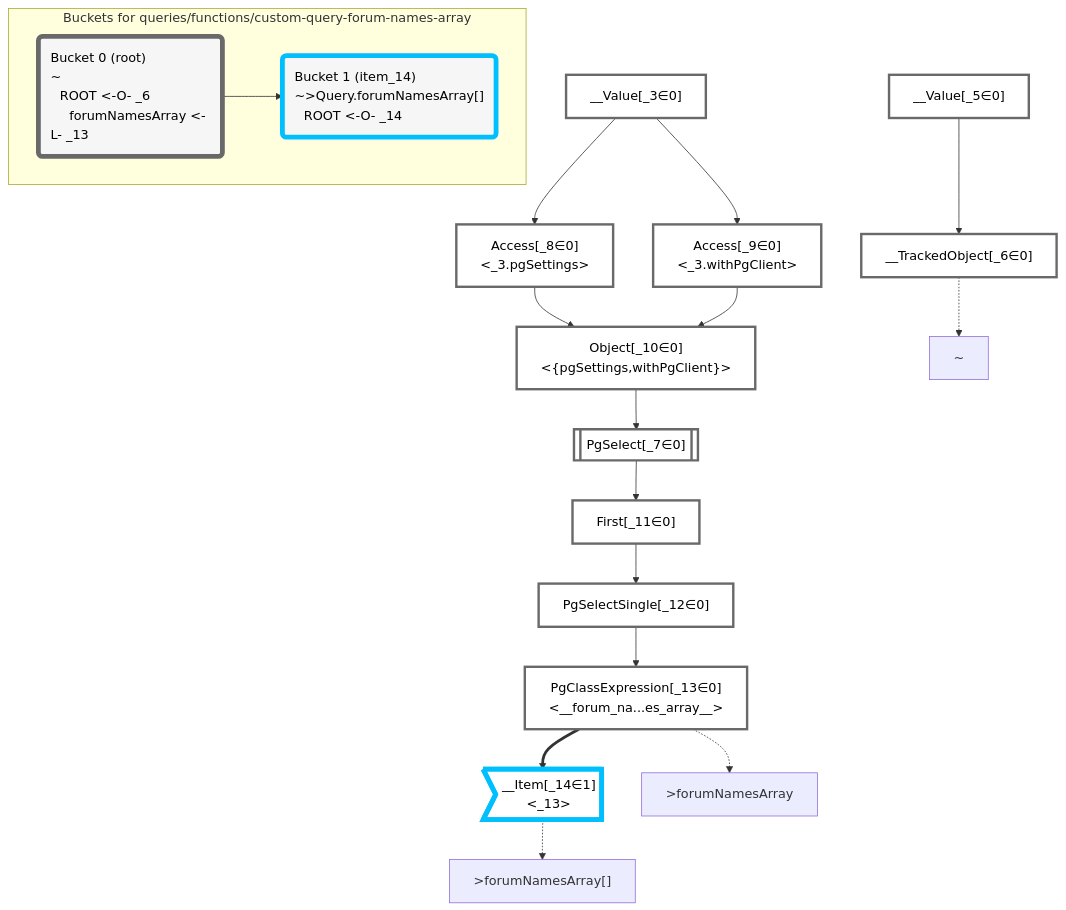
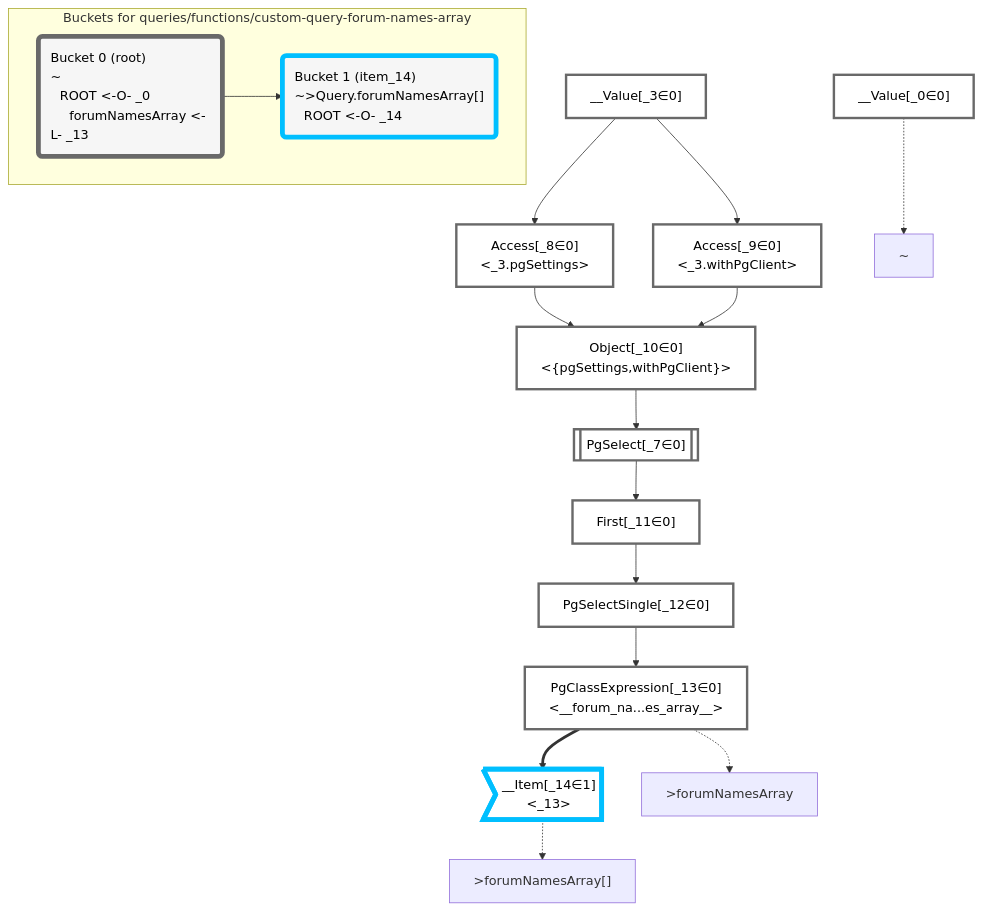
The diagram in packages/dataplan-pg/__tests__/queries/functions/custom-query-forum-names-array.deopt.mermaid.md (graphile/crystal), drawn with Mermaid before and after one commit. The commit also changed 193 other files, not shown here.

Commit message:
Update test plan snapshots with new root plan

````diff
--- a/packages/dataplan-pg/__tests__/queries/functions/custom-query-forum-names-array.deopt.mermaid.md
+++ b/packages/dataplan-pg/__tests__/queries/functions/custom-query-forum-names-array.deopt.mermaid.md
@@ -1,56 +1,54 @@
 ```mermaid
 graph TD
     classDef path fill:#eee,stroke:#000,color:#000
     classDef plan fill:#fff,stroke-width:3px,color:#000
     classDef itemplan fill:#fff,stroke-width:6px,color:#000
     classDef sideeffectplan fill:#f00,stroke-width:6px,color:#000
     classDef bucket fill:#f6f6f6,color:#000,stroke-width:6px,text-align:left
 
 
     %% define plans
+    __Value_0["__Value[_0∈0]"]:::plan
     __Value_3["__Value[_3∈0]<br /><context>"]:::plan
-    __Value_5["__Value[_5∈0]<br /><rootValue>"]:::plan
-    __TrackedObject_6["__TrackedObject[_6∈0]"]:::plan
     PgSelect_7[["PgSelect[_7∈0]<br /><forum_names_array>"]]:::plan
     Access_8["Access[_8∈0]<br /><_3.pgSettings>"]:::plan
     Access_9["Access[_9∈0]<br /><_3.withPgClient>"]:::plan
     Object_10["Object[_10∈0]<br /><{pgSettings,withPgClient}>"]:::plan
     First_11["First[_11∈0]"]:::plan
     PgSelectSingle_12["PgSelectSingle[_12∈0]<br /><forum_names_array>"]:::plan
     PgClassExpression_13["PgClassExpression[_13∈0]<br /><__forum_na...es_array__>"]:::plan
     __Item_14>"__Item[_14∈1]<br /><_13>"]:::itemplan
 
     %% plan dependencies
-    __Value_5 --> __TrackedObject_6
     Object_10 --> PgSelect_7
     __Value_3 --> Access_8
     __Value_3 --> Access_9
     Access_8 --> Object_10
     Access_9 --> Object_10
     PgSelect_7 --> First_11
     First_11 --> PgSelectSingle_12
     PgSelectSingle_12 --> PgClassExpression_13
     PgClassExpression_13 ==> __Item_14
 
     %% plan-to-path relationships
-    P_6["~"]
-    __TrackedObject_6 -.-> P_6
+    P_0["~"]
+    __Value_0 -.-> P_0
     P_13[">forumNamesArray"]
     PgClassExpression_13 -.-> P_13
     P_14[">forumNamesArray[]"]
     __Item_14 -.-> P_14
 
     %% allocate buckets
     classDef bucket0 stroke:#696969
-    class __Value_3,__Value_5,__TrackedObject_6,PgSelect_7,Access_8,Access_9,Object_10,First_11,PgSelectSingle_12,PgClassExpression_13 bucket0
+    class __Value_0,__Value_3,PgSelect_7,Access_8,Access_9,Object_10,First_11,PgSelectSingle_12,PgClassExpression_13 bucket0
     classDef bucket1 stroke:#00bfff
     class __Item_14 bucket1
 
     subgraph "Buckets for queries/functions/custom-query-forum-names-array"
-    Bucket0("Bucket 0 (root)<br />~<br />⠀ROOT <-O- _6<br />⠀⠀forumNamesArray <-L- _13"):::bucket
+    Bucket0("Bucket 0 (root)<br />~<br />⠀ROOT <-O- _0<br />⠀⠀forumNamesArray <-L- _13"):::bucket
     style Bucket0 stroke:#696969
     Bucket1("Bucket 1 (item_14)<br />~>Query.forumNamesArray[]<br />⠀ROOT <-O- _14"):::bucket
     style Bucket1 stroke:#00bfff
     Bucket0 --> Bucket1
     end
 ```
````
